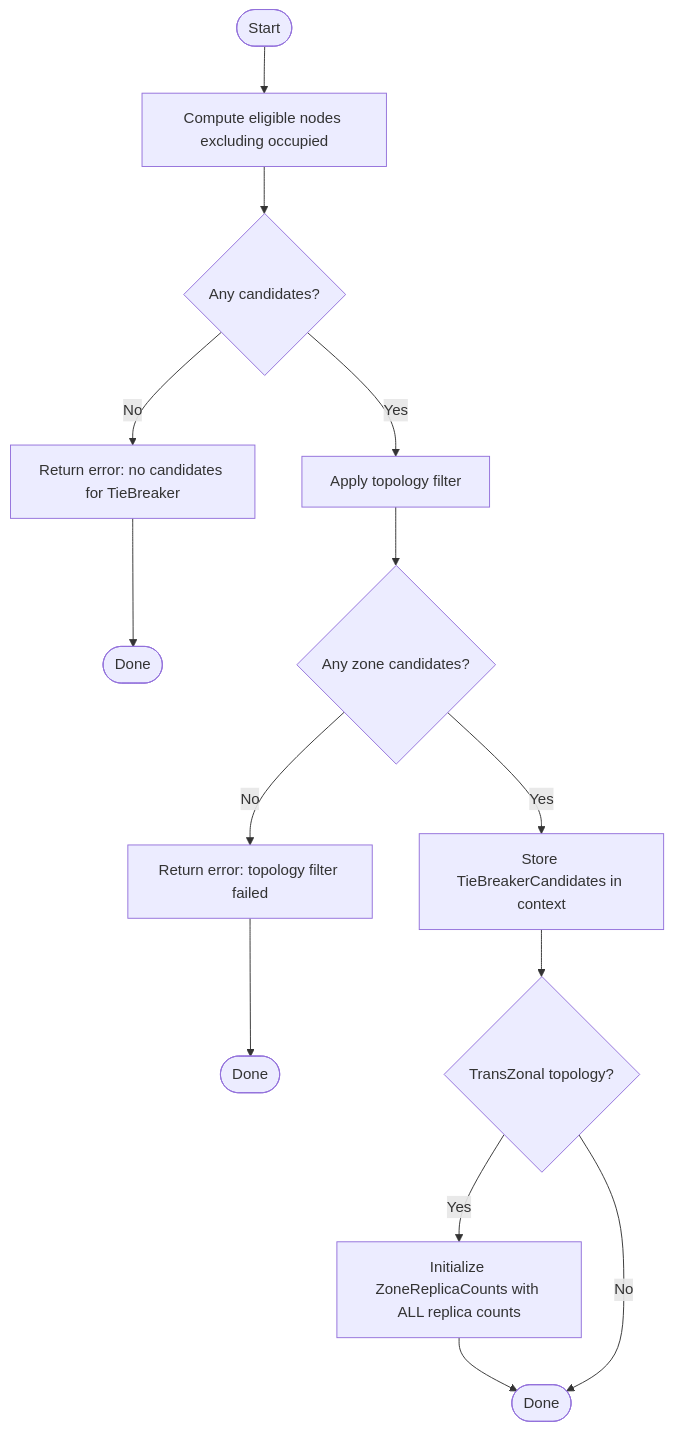
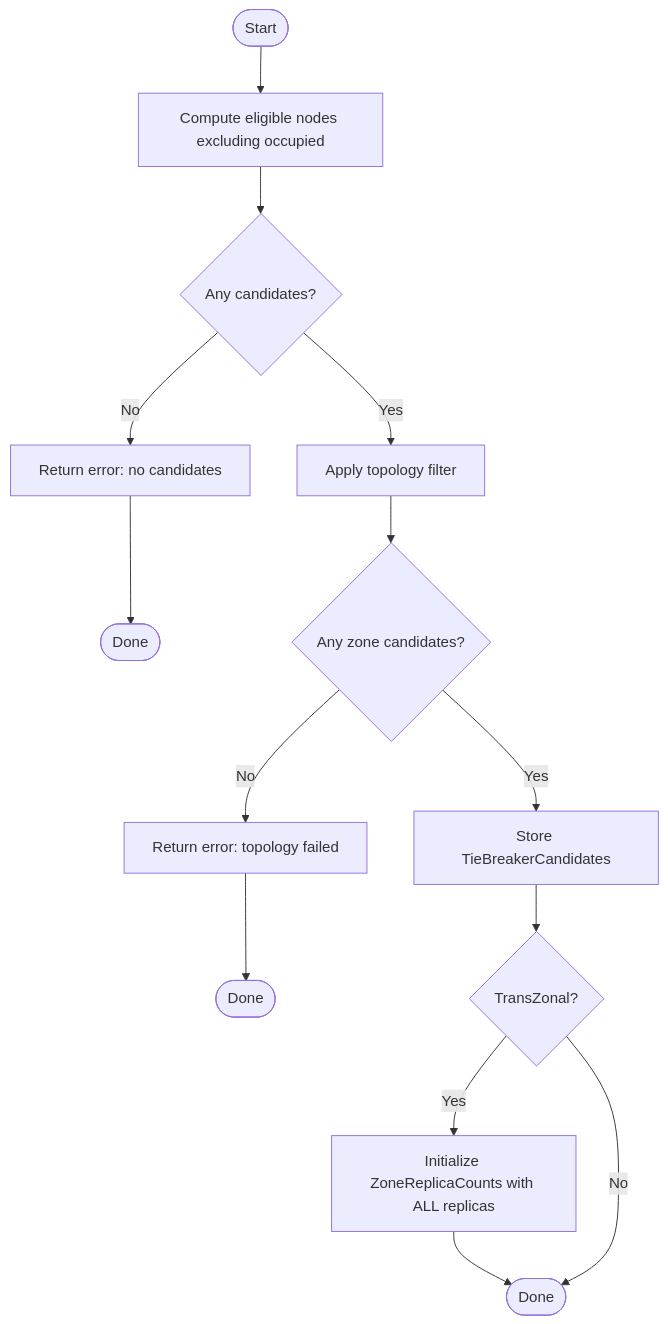
Before and after one commit to deckhouse/sds-replicated-volume: the fifth of 7 diagrams in images/controller/internal/controllers/rvr_scheduling_controller/README.md, drawn with Mermaid. The commit also changed other lines of this file, not shown here.

````diff
--- a/images/controller/internal/controllers/rvr_scheduling_controller/README.md
+++ b/images/controller/internal/controllers/rvr_scheduling_controller/README.md
@@ -506,19 +491,18 @@
 ```mermaid
 flowchart TD
     Start([Start]) --> ComputeEligible[Compute eligible nodes excluding occupied]
     ComputeEligible --> CheckCandidates{Any candidates?}
-    CheckCandidates -->|No| ErrorNoCandidates[Return error: no candidates for TieBreaker]
+    CheckCandidates -->|No| ErrorNoCandidates[Return error: no candidates]
     ErrorNoCandidates --> End1([Done])
 
     CheckCandidates -->|Yes| ApplyTopology[Apply topology filter]
     ApplyTopology --> CheckZoneCandidates{Any zone candidates?}
-    CheckZoneCandidates -->|No| ErrorNoZones[Return error: topology filter failed]
+    CheckZoneCandidates -->|No| ErrorNoZones[Return error: topology failed]
     ErrorNoZones --> End2([Done])
 
-    CheckZoneCandidates -->|Yes| StoreCandidates[Store TieBreakerCandidates in context]
-    StoreCandidates --> InitZoneCounts{TransZonal topology?}
-
-    InitZoneCounts -->|Yes| InitCounts[Initialize ZoneReplicaCounts with ALL replica counts]
+    CheckZoneCandidates -->|Yes| StoreCandidates[Store TieBreakerCandidates]
+    StoreCandidates --> InitZoneCounts{TransZonal?}
+    InitZoneCounts -->|Yes| InitCounts[Initialize ZoneReplicaCounts with ALL replicas]
     InitCounts --> End3([Done])
     InitZoneCounts -->|No| End3
 ```
````
